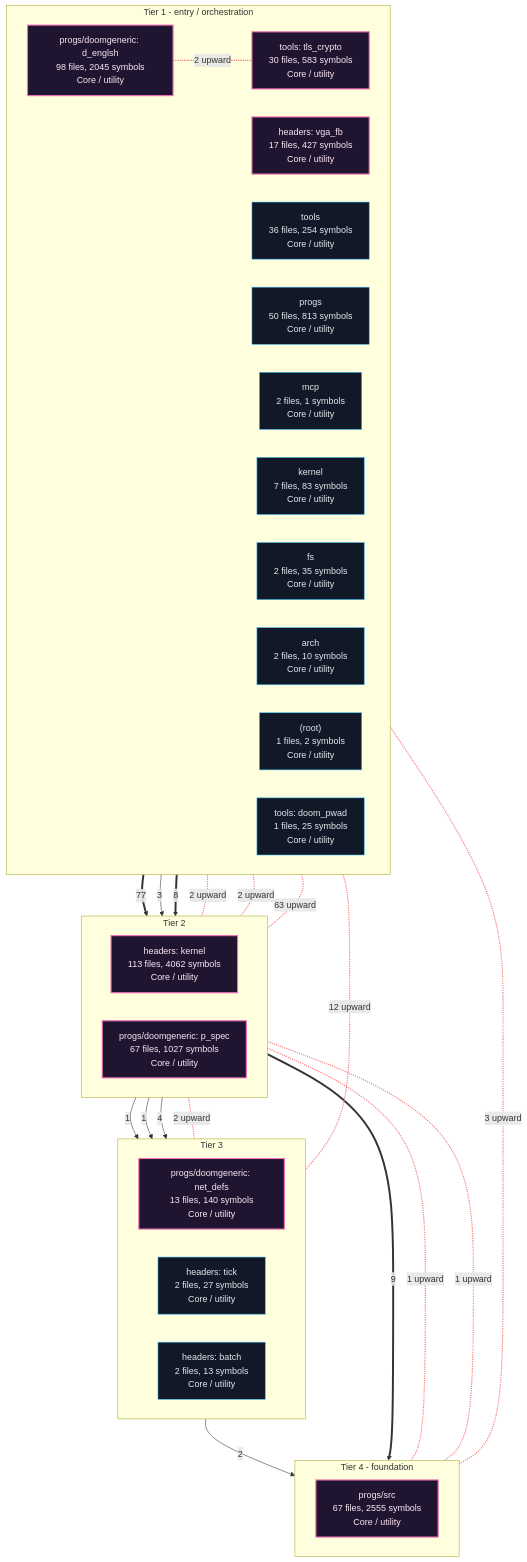
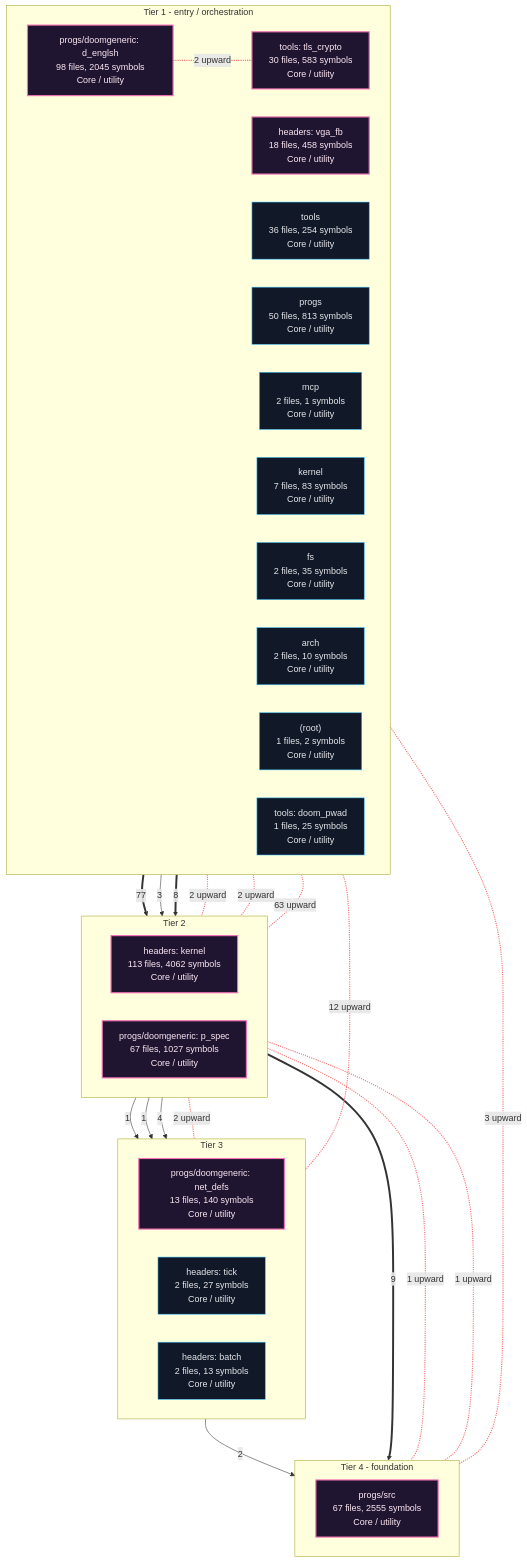
The first of 5 diagrams in readmenator-apidocs/architecture.md (grisuno/miniOS), drawn with Mermaid before and after one commit. The commit also changed 117 other files, not shown here.

````diff
--- a/readmenator-apidocs/architecture.md
+++ b/readmenator-apidocs/architecture.md
@@ -11,55 +11,55 @@
 ```mermaid
 flowchart TB
     classDef cycle fill:#1f1530,stroke:#f472b6,color:#fce7f3,stroke-width:2px;
     classDef default fill:#111827,stroke:#38bdf8,color:#e5e7eb;
     subgraph lane_0["Tier 1 - entry / orchestration"]
         direction LR
         n_c1["progs/doomgeneric: d_englsh<br/>98 files, 2045 symbols<br/>Core / utility"]:::cycle
         n_c4["tools: tls_crypto<br/>30 files, 583 symbols<br/>Core / utility"]:::cycle
-        n_c5["headers: vga_fb<br/>17 files, 427 symbols<br/>Core / utility"]:::cycle
+        n_c5["headers: vga_fb<br/>18 files, 458 symbols<br/>Core / utility"]:::cycle
         n_d_tools["tools<br/>36 files, 254 symbols<br/>Core / utility"]:::default
         n_d_progs["progs<br/>50 files, 813 symbols<br/>Core / utility"]:::default
         n_d_mcp["mcp<br/>2 files, 1 symbols<br/>Core / utility"]:::default
         n_d_kernel["kernel<br/>7 files, 83 symbols<br/>Core / utility"]:::default
         n_d_fs["fs<br/>2 files, 35 symbols<br/>Core / utility"]:::default
         n_d_arch["arch<br/>2 files, 10 symbols<br/>Core / utility"]:::default
         n_d__root_["(root)<br/>1 files, 2 symbols<br/>Core / utility"]:::default
         n_c9["tools: doom_pwad<br/>1 files, 25 symbols<br/>Core / utility"]:::default
     end
     subgraph lane_1["Tier 2"]
         direction LR
         n_c0["headers: kernel<br/>113 files, 4062 symbols<br/>Core / utility"]:::cycle
         n_c3["progs/doomgeneric: p_spec<br/>67 files, 1027 symbols<br/>Core / utility"]:::cycle
     end
     subgraph lane_2["Tier 3"]
         direction LR
         n_c6["progs/doomgeneric: net_defs<br/>13 files, 140 symbols<br/>Core / utility"]:::cycle
         n_c8["headers: tick<br/>2 files, 27 symbols<br/>Core / utility"]:::default
         n_c7["headers: batch<br/>2 files, 13 symbols<br/>Core / utility"]:::default
     end
     subgraph lane_3["Tier 4 - foundation"]
         direction LR
         n_c2["progs/src<br/>67 files, 2555 symbols<br/>Core / utility"]:::cycle
     end
     n_c0 ==>|"9"| n_c2
     n_c0 -->|"1"| n_c7
     n_c0 -->|"1"| n_c8
     n_c1 ==>|"77"| n_c3
     n_c3 -->|"4"| n_c6
     n_c4 -->|"3"| n_c0
     n_c5 ==>|"8"| n_c0
     n_c6 -->|"2"| n_c2
     n_c4 <-.-|"2 upward"| n_c0
     n_c5 <-.-|"2 upward"| n_c0
     n_c0 <-.-|"1 upward"| n_c2
     n_c1 <-.-|"3 upward"| n_c2
     n_c3 <-.-|"1 upward"| n_c2
     n_c1 <-.-|"63 upward"| n_c3
     n_c1 <-.-|"2 upward"| n_c4
     n_c1 <-.-|"12 upward"| n_c6
     n_c3 <-.-|"2 upward"| n_c6
     linkStyle 8,9,10,11,12,13,14,15,16 stroke:#f87171,stroke-width:2px;
     n_c1 ~~~ n_c0
     n_c0 ~~~ n_c6
     n_c6 ~~~ n_c2
 ```
````
